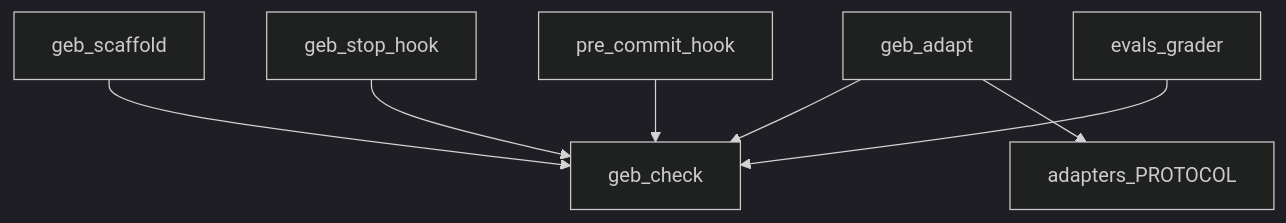
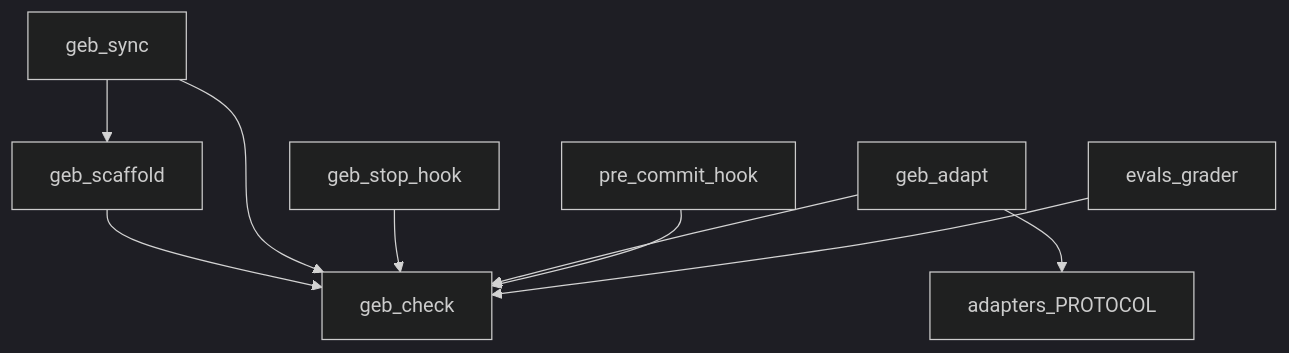
The diagram in PROJECT_INDEX.md (AaronXinzhian/fugue-docs), drawn with Mermaid (dark theme) before and after one commit. The commit also changed 17 other files, not shown here.

````diff
--- a/PROJECT_INDEX.md
+++ b/PROJECT_INDEX.md
@@ -23,9 +23,11 @@
 ```mermaid
 graph TD
     geb_scaffold --> geb_check
+    geb_sync --> geb_check
+    geb_sync --> geb_scaffold
     geb_stop_hook --> geb_check
     geb_adapt --> geb_check
     geb_adapt --> adapters_PROTOCOL
     pre_commit_hook --> geb_check
     evals_grader --> geb_check
 ```
````
